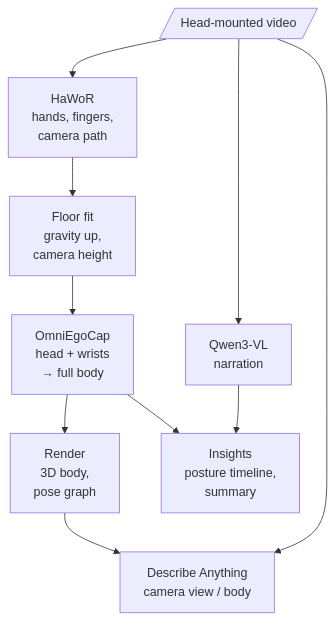
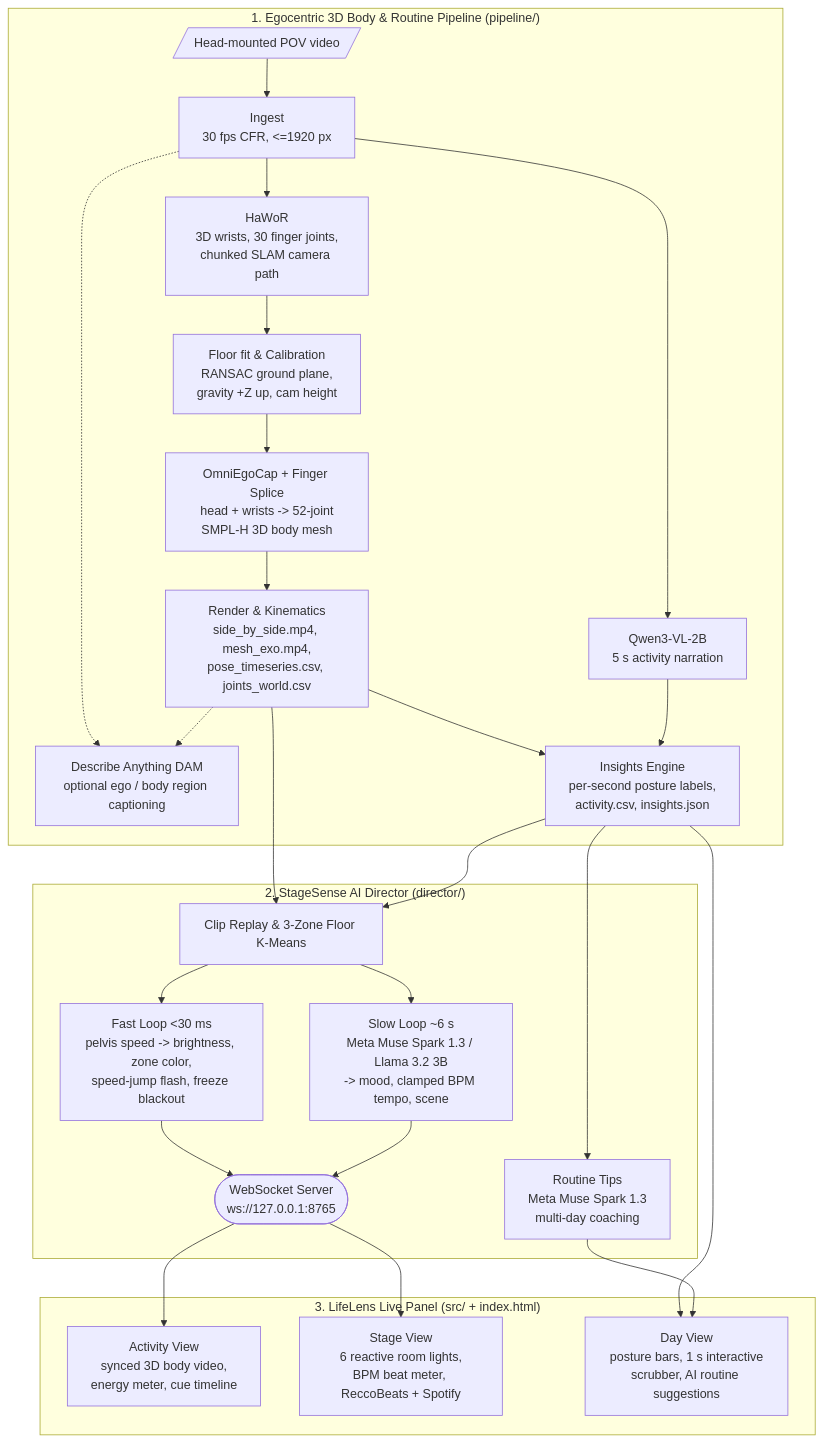
Before and after one commit to nshreyasvi/LifeLens: the diagram in README.md, drawn with Mermaid. The commit also changed other lines of this file and 152 other files, not shown here.

````diff
--- a/README.md
+++ b/README.md
@@ -32,10 +48,27 @@
 ```mermaid
 flowchart TD
-  V[/Head-mounted video/] --> H[HaWoR<br/>hands, fingers,<br/>camera path]
-  H --> F[Floor fit<br/>gravity up,<br/>camera height]
-  F --> O[OmniEgoCap<br/>head + wrists<br/>→ full body]
-  O --> R[Render<br/>3D body,<br/>pose graph]
-  V --> Q[Qwen3-VL<br/>narration]
-  V & R --> D[Describe Anything<br/>camera view / body]
-  O & Q --> I[Insights<br/>posture timeline,<br/>summary]
+  subgraph P["1. Egocentric 3D Body & Routine Pipeline (pipeline/)"]
+    V[/Head-mounted POV video/] --> ING[Ingest<br/>30 fps CFR, <=1920 px]
+    ING --> H[HaWoR<br/>3D wrists, 30 finger joints,<br/>chunked SLAM camera path]
+    H --> F[Floor fit & Calibration<br/>RANSAC ground plane,<br/>gravity +Z up, cam height]
+    F --> O[OmniEgoCap + Finger Splice<br/>head + wrists -> 52-joint<br/>SMPL-H 3D body mesh]
+    O --> R[Render & Kinematics<br/>side_by_side.mp4, mesh_exo.mp4,<br/>pose_timeseries.csv, joints_world.csv]
+    ING --> Q[Qwen3-VL-2B<br/>5 s activity narration]
+    ING & R -.-> D[Describe Anything DAM<br/>optional ego / body region captioning]
+    R & Q --> I[Insights Engine<br/>per-second posture labels,<br/>activity.csv, insights.json]
+  end
+
+  subgraph DIR["2. StageSense AI Director (director/)"]
+    R & I --> REP[Clip Replay & 3-Zone Floor K-Means]
+    REP --> FL[Fast Loop <30 ms<br/>pelvis speed -> brightness, zone color,<br/>speed-jump flash, freeze blackout]
+    REP --> SL[Slow Loop ~6 s<br/>Meta Muse Spark 1.3 / Llama 3.2 3B<br/>-> mood, clamped BPM tempo, scene]
+    I --> RT[Routine Tips<br/>Meta Muse Spark 1.3<br/>multi-day coaching]
+    FL & SL --> WS([WebSocket Server<br/>ws://127.0.0.1:8765])
+  end
+
+  subgraph UI["3. LifeLens Live Panel (src/ + index.html)"]
+    WS --> ACT[Activity View<br/>synced 3D body video,<br/>energy meter, cue timeline]
+    WS --> STG[Stage View<br/>6 reactive room lights,<br/>BPM beat meter, ReccoBeats + Spotify]
+    I & RT --> DAY[Day View<br/>posture bars, 1 s interactive<br/>scrubber, AI routine suggestions]
+  end
 ```
````
